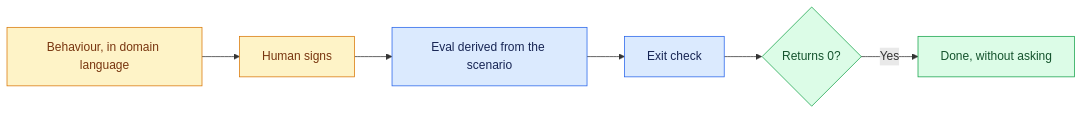
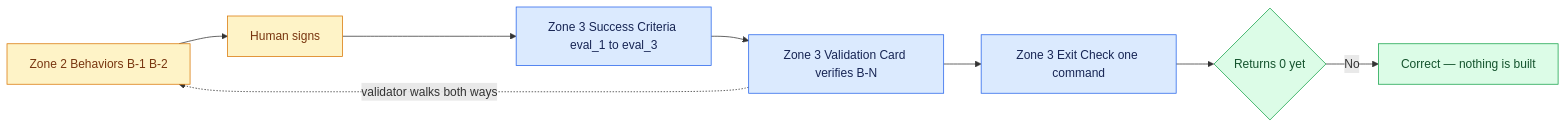
The diagram in live/d3/03-bdd-and-evals.md (emersonnaka/uc-transact-co), drawn with Mermaid before and after one commit. The commit also changed other lines of this file and 4 other files, not shown here.

````diff
--- a/live/d3/03-bdd-and-evals.md
+++ b/live/d3/03-bdd-and-evals.md
@@ -17,16 +17,17 @@
 ```mermaid
 flowchart LR
-    A[Behaviour, in domain language] --> B[Human signs]
-    B --> C[Eval derived from the scenario]
-    C --> D[Exit check]
-    D --> E{Returns 0?}
-    E -->|Yes| F[Done, without asking]
+    A[Zone 2 Behaviors B-1 B-2] --> B[Human signs]
+    B --> C[Zone 3 Success Criteria eval_1 to eval_3]
+    C --> D[Zone 3 Validation Card verifies B-N]
+    D --> E[Zone 3 Exit Check one command]
+    E --> F{Returns 0 yet}
+    F -->|No| G[Correct — nothing is built]
+    D -.->|validator walks both ways| A
 
     classDef human fill:#FEF3C7,stroke:#D97706,color:#78350F
     classDef machine fill:#DBEAFE,stroke:#2563EB,color:#172554
     classDef gate fill:#DCFCE7,stroke:#16A34A,color:#14532D
     class A,B human
-    class C,D machine
-    class E gate
-    class F gate
+    class C,D,E machine
+    class F,G gate
 ```
````
